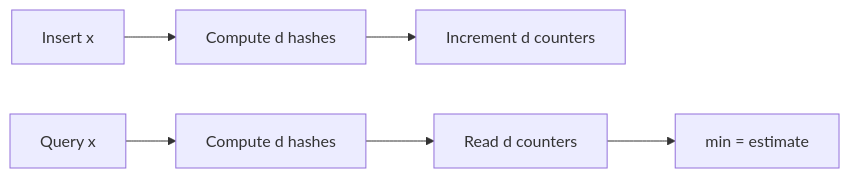
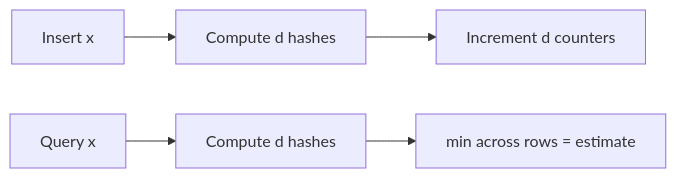
Before and after one commit to hareramcse/SystemDesign: the fourth of 13 diagrams in 13-advanced-topics/README.md, drawn with Mermaid. The commit also changed other lines of this file, not shown here.

````diff
--- a/13-advanced-topics/README.md
+++ b/13-advanced-topics/README.md
@@ -793,8 +470,7 @@
 ```mermaid
 flowchart LR
     Ins[Insert x] --> Hash[Compute d hashes]
     Hash --> Inc[Increment d counters]
     Qry[Query x] --> Hash2[Compute d hashes]
-    Hash2 --> Read[Read d counters]
-    Read --> Min[min = estimate]
+    Hash2 --> Min[min across rows = estimate]
 ```
````
